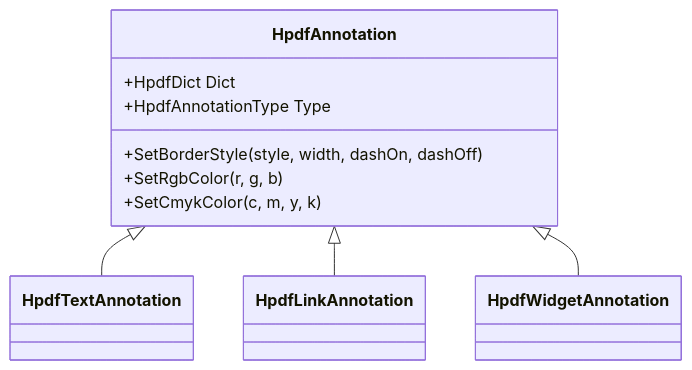
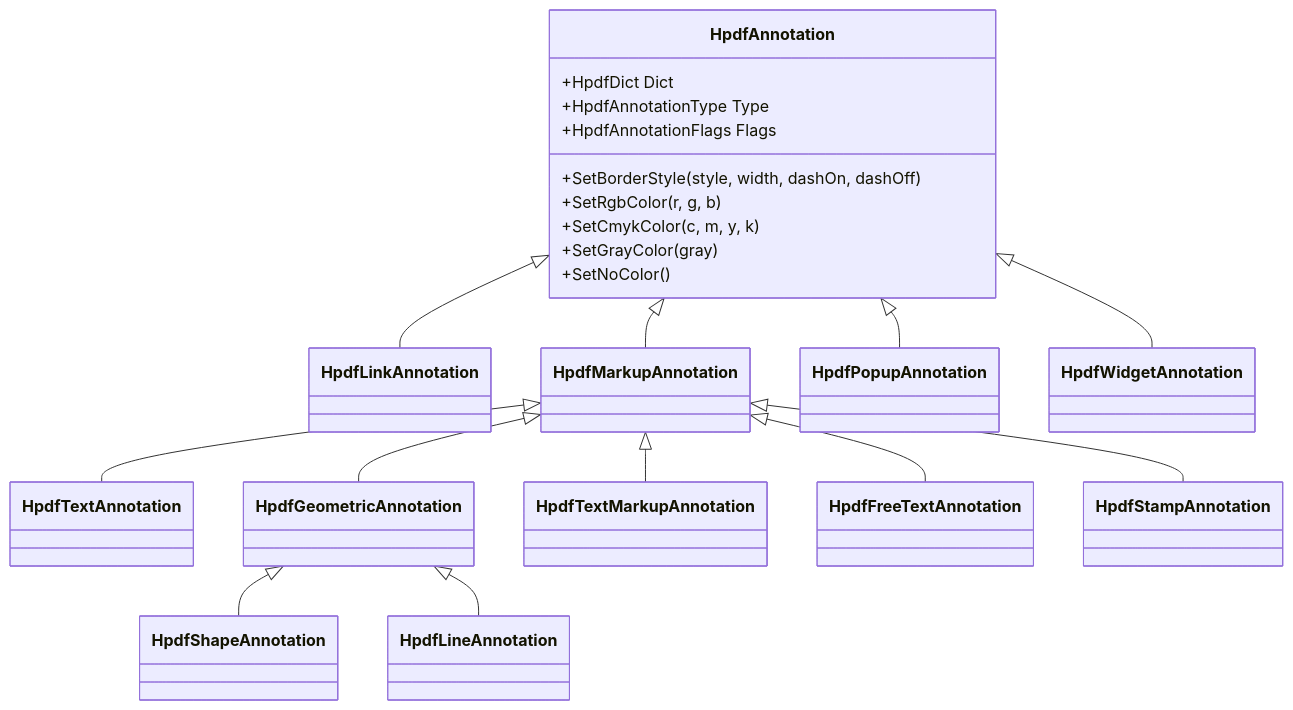
The diagram in docs/api/annotations/HpdfAnnotation.md (nikolaygekht/haru-net-full-port), drawn with Mermaid before and after one commit. The commit also changed other lines of this file and 35 other files, not shown here.

````diff
--- a/docs/api/annotations/HpdfAnnotation.md
+++ b/docs/api/annotations/HpdfAnnotation.md
@@ -15,13 +16,24 @@
 ```mermaid
 classDiagram
-    HpdfAnnotation <|-- HpdfTextAnnotation
     HpdfAnnotation <|-- HpdfLinkAnnotation
+    HpdfAnnotation <|-- HpdfMarkupAnnotation
+    HpdfAnnotation <|-- HpdfPopupAnnotation
     HpdfAnnotation <|-- HpdfWidgetAnnotation
+    HpdfMarkupAnnotation <|-- HpdfTextAnnotation
+    HpdfMarkupAnnotation <|-- HpdfGeometricAnnotation
+    HpdfGeometricAnnotation <|-- HpdfShapeAnnotation
+    HpdfGeometricAnnotation <|-- HpdfLineAnnotation
+    HpdfMarkupAnnotation <|-- HpdfTextMarkupAnnotation
+    HpdfMarkupAnnotation <|-- HpdfFreeTextAnnotation
+    HpdfMarkupAnnotation <|-- HpdfStampAnnotation
     class HpdfAnnotation {
         +HpdfDict Dict
         +HpdfAnnotationType Type
+        +HpdfAnnotationFlags Flags
         +SetBorderStyle(style, width, dashOn, dashOff)
         +SetRgbColor(r, g, b)
         +SetCmykColor(c, m, y, k)
+        +SetGrayColor(gray)
+        +SetNoColor()
     }
 ```
````
